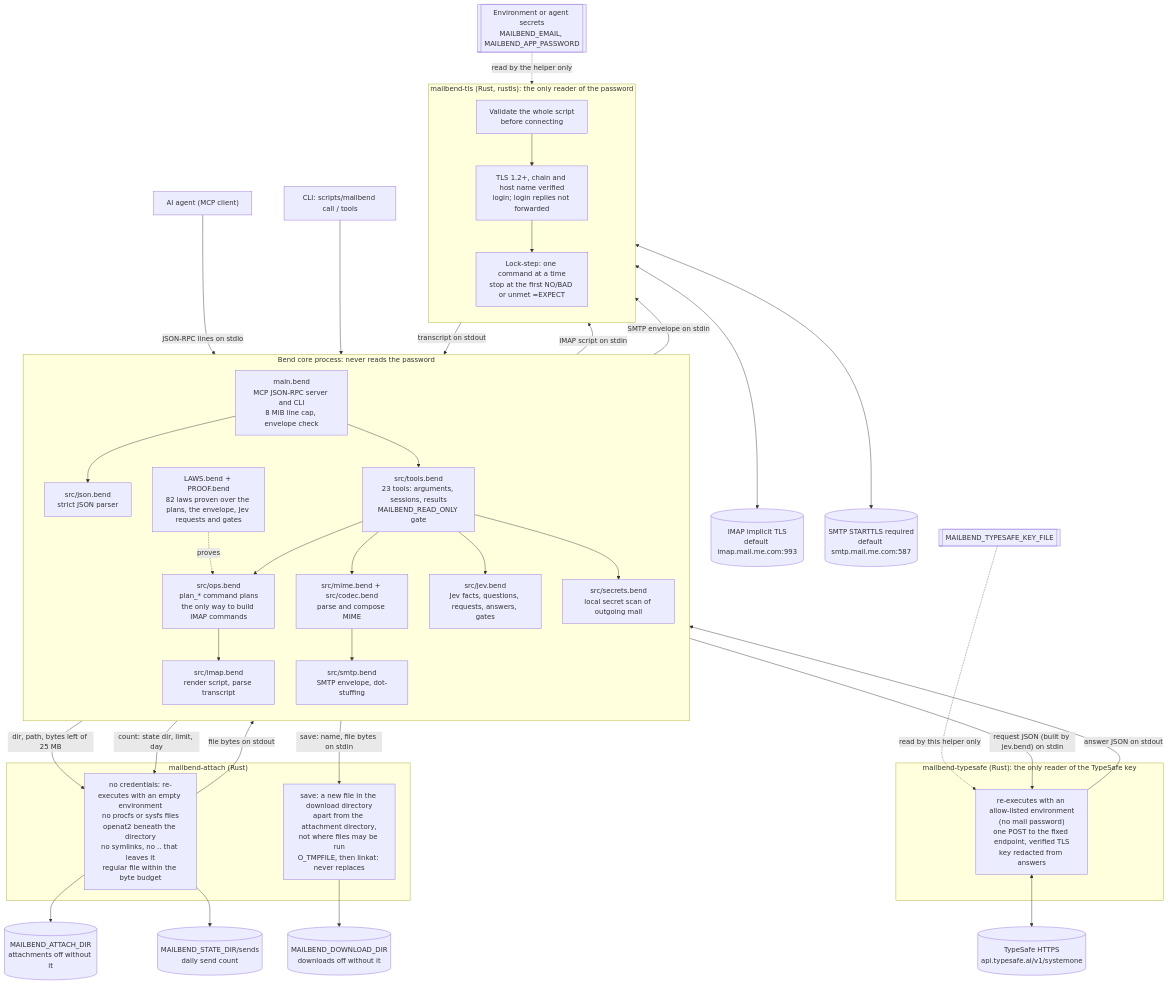
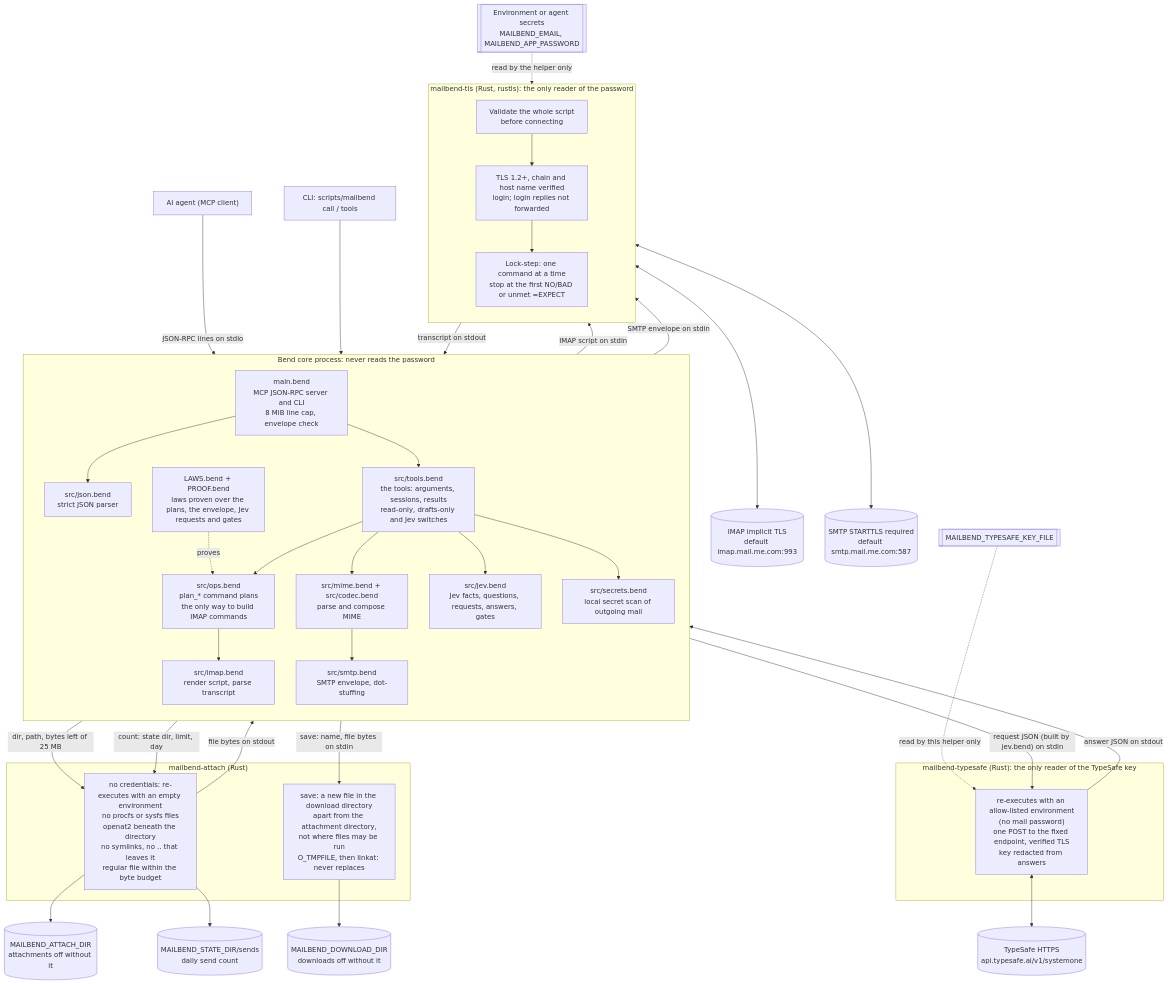
The first of 4 diagrams in docs/ARCHITECTURE.md (albertc71/MailBend), drawn with Mermaid before and after one commit. The commit also changed other lines of this file and 15 other files, not shown here.

````diff
--- a/docs/ARCHITECTURE.md
+++ b/docs/ARCHITECTURE.md
@@ -30,75 +30,75 @@
 ```mermaid
 flowchart TB
   agent["AI agent (MCP client)"]
   cli["CLI: scripts/mailbend call / tools"]
   env[["Environment or agent secrets<br/>MAILBEND_EMAIL, MAILBEND_APP_PASSWORD"]]
 
   subgraph core["Bend core process: never reads the password"]
     direction TB
     main["main.bend<br/>MCP JSON-RPC server and CLI<br/>8 MiB line cap, envelope check"]
     json["src/json.bend<br/>strict JSON parser"]
-    tools["src/tools.bend<br/>23 tools: arguments, sessions, results<br/>MAILBEND_READ_ONLY gate"]
+    tools["src/tools.bend<br/>the tools: arguments, sessions, results<br/>read-only, drafts-only and Jev switches"]
     ops["src/ops.bend<br/>plan_* command plans<br/>the only way to build IMAP commands"]
-    laws["LAWS.bend + PROOF.bend<br/>82 laws proven over the plans, the envelope, Jev requests and gates"]
+    laws["LAWS.bend + PROOF.bend<br/>laws proven over the plans, the envelope, Jev requests and gates"]
     imap["src/imap.bend<br/>render script, parse transcript"]
     mime["src/mime.bend + src/codec.bend<br/>parse and compose MIME"]
     smtp["src/smtp.bend<br/>SMTP envelope, dot-stuffing"]
     jevb["src/jev.bend<br/>Jev facts, questions, requests, answers, gates"]
     secrets["src/secrets.bend<br/>local secret scan of outgoing mail"]
   end
 
   subgraph helper["mailbend-tls (Rust, rustls): the only reader of the password"]
     direction TB
     validate["Validate the whole script<br/>before connecting"]
     tls["TLS 1.2+, chain and host name verified<br/>login; login replies not forwarded"]
     lock["Lock-step: one command at a time<br/>stop at the first NO/BAD or unmet =EXPECT"]
   end
 
   subgraph reader["mailbend-attach (Rust)"]
     attach["no credentials: re-executes with an empty environment<br/>no procfs or sysfs files<br/>openat2 beneath the directory<br/>no symlinks, no .. that leaves it<br/>regular file within the byte budget"]
     save["save: a new file in the download directory<br/>apart from the attachment directory,<br/>not where files may be run<br/>O_TMPFILE, then linkat: never replaces"]
   end
 
   subgraph typesafe["mailbend-typesafe (Rust): the only reader of the TypeSafe key"]
     ask["re-executes with an allow-listed environment<br/>(no mail password)<br/>one POST to the fixed endpoint, verified TLS<br/>key redacted from answers"]
   end
 
   imapsrv[("IMAP implicit TLS<br/>default imap.mail.me.com:993")]
   smtpsrv[("SMTP STARTTLS required<br/>default smtp.mail.me.com:587")]
   files[("MAILBEND_ATTACH_DIR<br/>attachments off without it")]
   sends[("MAILBEND_STATE_DIR/sends<br/>daily send count")]
   downloads[("MAILBEND_DOWNLOAD_DIR<br/>downloads off without it")]
   tsapi[("TypeSafe HTTPS<br/>api.typesafe.ai/v1/systemone")]
   tskey[["MAILBEND_TYPESAFE_KEY_FILE"]]
 
   agent -- "JSON-RPC lines on stdio" --> main
   cli --> main
   main --> json
   main --> tools
   tools --> ops
   laws -. "proves" .-> ops
   ops --> imap
   tools --> mime
   mime --> smtp
   imap -- "IMAP script on stdin" --> validate
   smtp -- "SMTP envelope on stdin" --> validate
   validate --> tls
   tls --> lock
   lock <--> imapsrv
   lock <--> smtpsrv
   lock -- "transcript on stdout" --> imap
   tools -- "dir, path, bytes left of 25 MB" --> attach
   attach --> files
   attach -- "file bytes on stdout" --> tools
   tools -- "count: state dir, limit, day" --> attach
   attach --> sends
   tools -- "save: name, file bytes on stdin" --> save
   save --> downloads
   tools --> jevb
   tools --> secrets
   tools -- "request JSON (built by jev.bend) on stdin" --> ask
   ask -- "answer JSON on stdout" --> tools
   ask <--> tsapi
   env -. "read by the helper only" .-> tls
   tskey -. "read by this helper only" .-> ask
 ```
````
